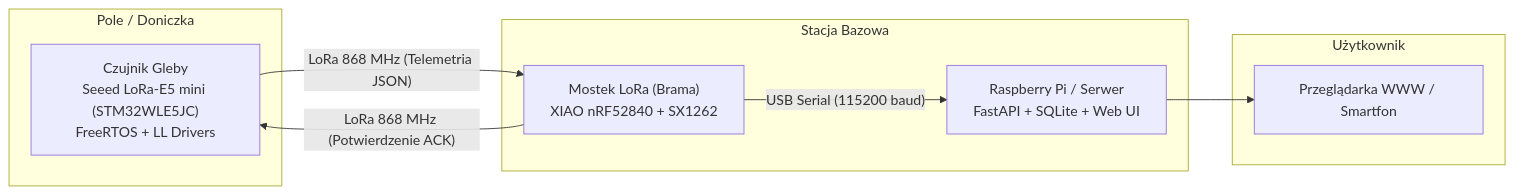
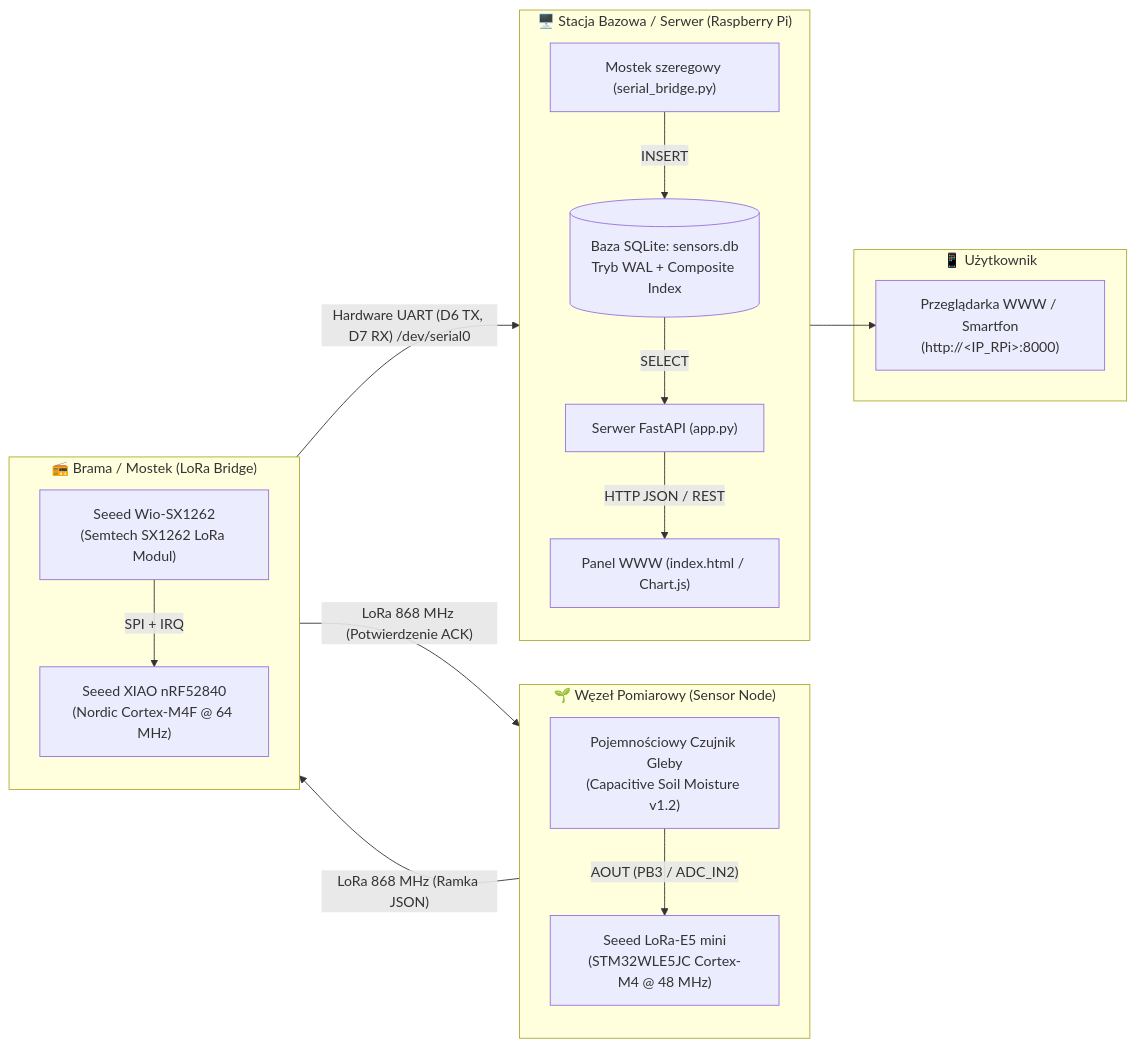
The diagram in README.md (bejekk/LoRa_mesh), drawn with Mermaid before and after one commit. The commit also changed other lines of this file and 17 other files, not shown here.

First line of the commit message:
Refactor codebase across sensor, bridge, and server tiers

````diff
--- a/README.md
+++ b/README.md
@@ -16,20 +9,37 @@
 ```mermaid
 flowchart LR
-    subgraph Pole / Doniczka
-        S["Czujnik Gleby<br/>Seeed LoRa-E5 mini (STM32WLE5JC)<br/>FreeRTOS + LL Drivers"]
+    subgraph S["🌱 Węzeł Pomiarowy (Sensor Node)"]
+        direction TB
+        E5["Seeed LoRa-E5 mini<br/>(STM32WLE5JC Cortex-M4 @ 48 MHz)"]
+        SOIL["Pojemnościowy Czujnik Gleby<br/>(Capacitive Soil Moisture v1.2)"]
+        SOIL -- "AOUT (PB3 / ADC_IN2)" --> E5
     end
 
-    subgraph Stacja Bazowa
-        B["Mostek LoRa (Brama)<br/>XIAO nRF52840 + SX1262"]
-        RPi["Raspberry Pi / Serwer<br/>FastAPI + SQLite + Web UI"]
+    subgraph B["📻 Brama / Mostek (LoRa Bridge)"]
+        direction TB
+        XIAO["Seeed XIAO nRF52840<br/>(Nordic Cortex-M4F @ 64 MHz)"]
+        WIO["Seeed Wio-SX1262<br/>(Semtech SX1262 LoRa Modul)"]
+        WIO -- "SPI + IRQ" --> XIAO
     end
 
-    subgraph Użytkownik
-        W["Przeglądarka WWW / Smartfon"]
+    subgraph RPI["🖥️ Stacja Bazowa / Serwer (Raspberry Pi)"]
+        direction TB
+        BRIDGE["Mostek szeregowy (serial_bridge.py)"]
+        DB[(Baza SQLite: sensors.db<br/>Tryb WAL + Composite Index)]
+        API["Serwer FastAPI (app.py)"]
+        UI["Panel WWW (index.html / Chart.js)"]
+
+        BRIDGE -- "INSERT" --> DB
+        DB -- "SELECT" --> API
+        API -- "HTTP JSON / REST" --> UI
     end
 
-    S -- "LoRa 868 MHz (Telemetria JSON)" --> B
-    B -- "LoRa 868 MHz (Potwierdzenie ACK)" --> S
-    B -- "USB Serial (115200 baud)" --> RPi
-    RPi --> W
+    subgraph CLIENT["📱 Użytkownik"]
+        BROWSER["Przeglądarka WWW / Smartfon<br/>(http://&lt;IP_RPi&gt;:8000)"]
+    end
+
+    E5 -- "LoRa 868 MHz (Ramka JSON)" --> WIO
+    WIO -- "LoRa 868 MHz (Potwierdzenie ACK)" --> E5
+    XIAO -- "Hardware UART (D6 TX, D7 RX) /dev/serial0" --> BRIDGE
+    UI --> BROWSER
 ```
````
